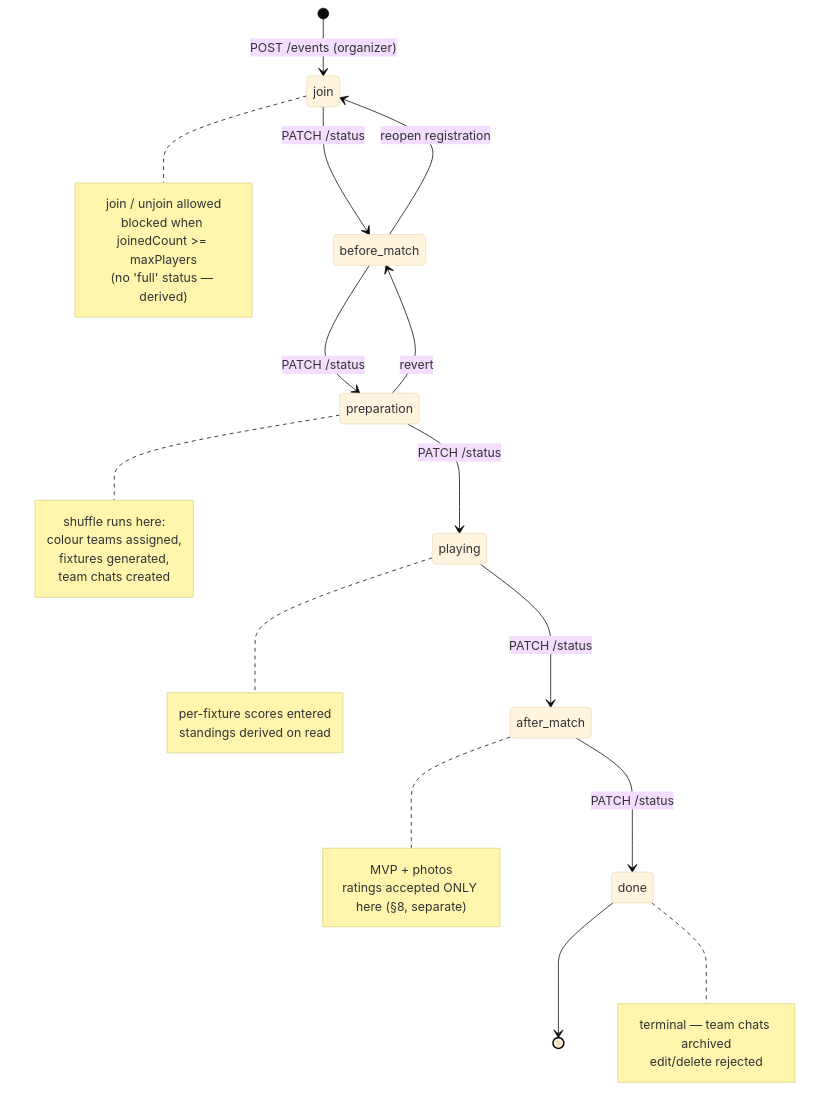
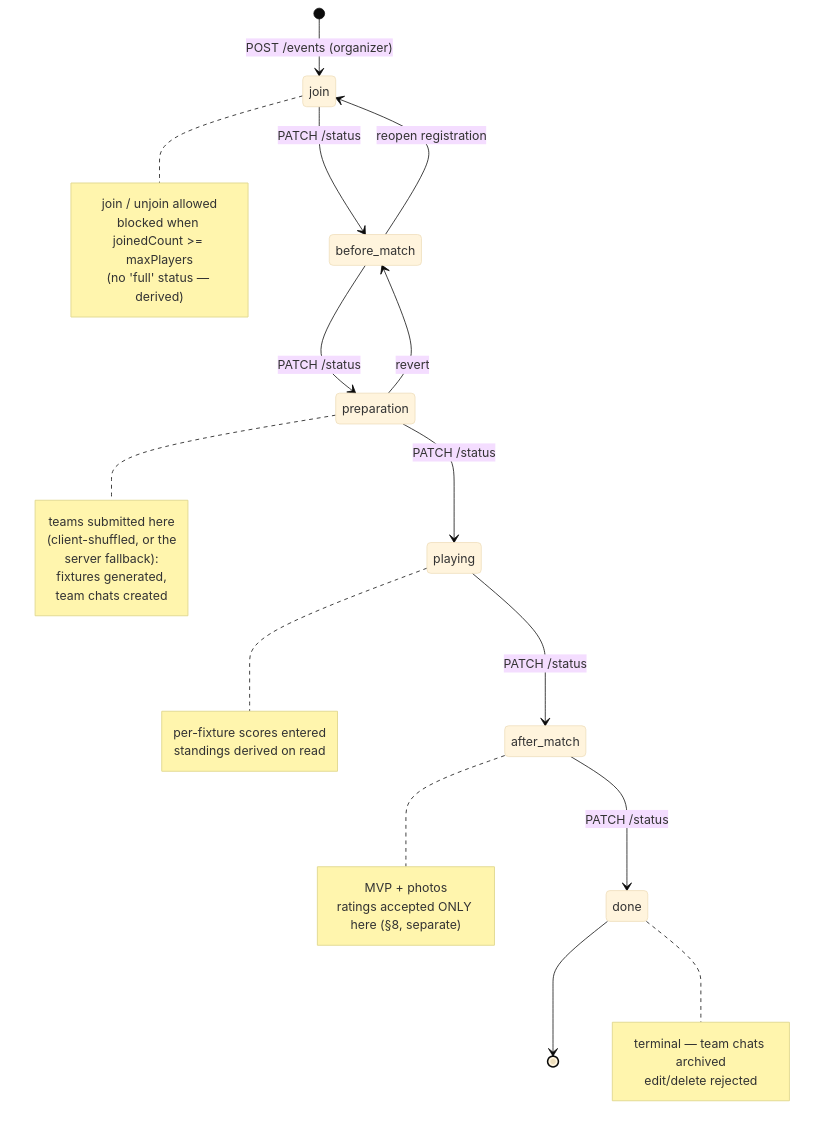
The diagram in docs/superpowers/diagrams/events-5-1-event-lifecycle-states.mmd (heinlinaung/kickr_backend), drawn with Mermaid (base theme) before and after one commit. The commit also changed 6 other files, not shown here.

First line of the commit message:
docs(events): client performs the shuffle; server validates submitted teams

```diff
--- a/docs/superpowers/diagrams/events-5-1-event-lifecycle-states.mmd
+++ b/docs/superpowers/diagrams/events-5-1-event-lifecycle-states.mmd
@@ -1,42 +1,43 @@
 %% 5.1 Full event lifecycle — state machine
 %% Source of truth for this diagram. Rendered from ../specs/2026-08-03-events-feature-spec.md §5.1
 %% Edit here, not in the spec — the spec links to this file.
 stateDiagram-v2
     [*] --> join: POST /events (organizer)
 
     join --> before_match: PATCH /status
     before_match --> join: reopen registration
     before_match --> preparation: PATCH /status
     preparation --> before_match: revert
     preparation --> playing: PATCH /status
     playing --> after_match: PATCH /status
     after_match --> done: PATCH /status
     done --> [*]
 
     note right of join
         join / unjoin allowed
         blocked when joinedCount >= maxPlayers
         (no 'full' status — derived)
     end note
 
     note right of preparation
-        shuffle runs here:
-        colour teams assigned,
+        teams submitted here
+        (client-shuffled, or the
+        server fallback):
         fixtures generated,
         team chats created
     end note
 
     note right of playing
         per-fixture scores entered
         standings derived on read
     end note
 
     note right of after_match
         MVP + photos
         ratings accepted ONLY here (§8, separate)
     end note
 
     note right of done
         terminal — team chats archived
         edit/delete rejected
     end note
```
